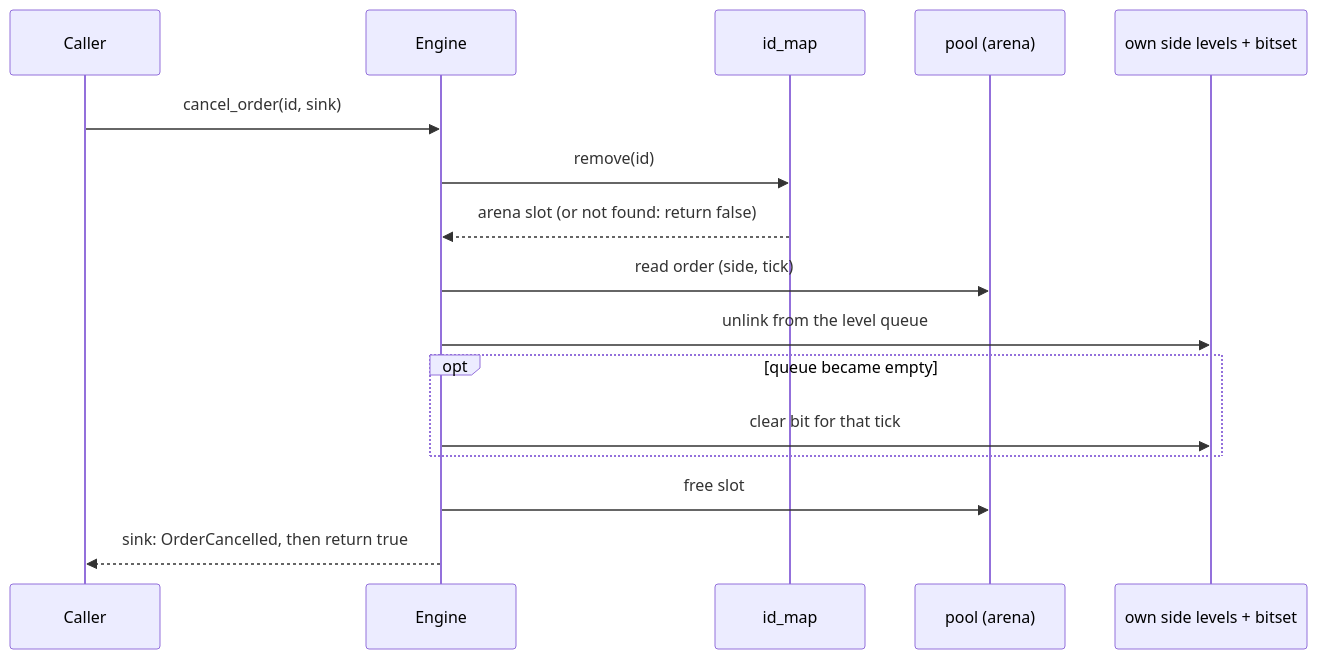
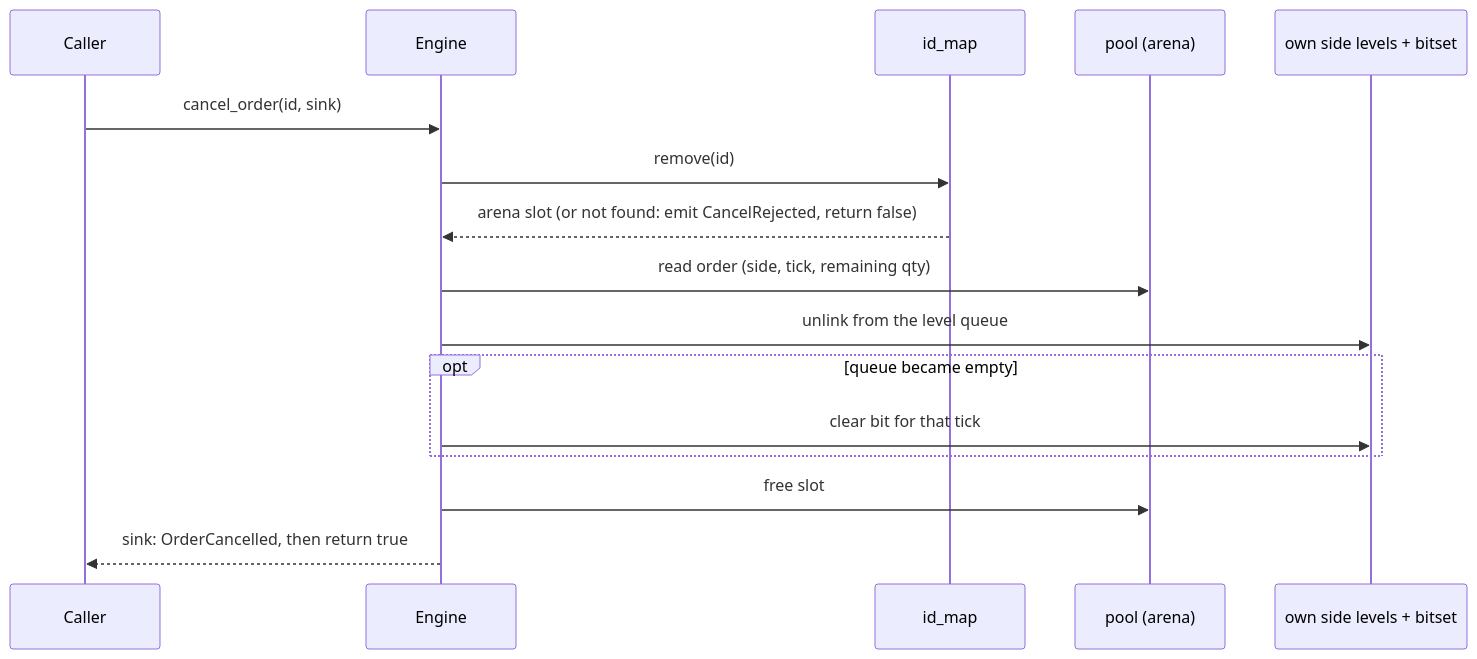
One commit to daohainam/rust-matching-engine changed the third of 3 diagrams in docs/02-architecture.md. Above: the diagram before and after it, drawn with Mermaid. The commit also changed other lines of this file, not shown here.

First line of the commit message:
docs(ch02): add the trade counter, RestingOrder and CancelRejected

````diff
--- a/docs/02-architecture.md
+++ b/docs/02-architecture.md
@@ -193,18 +196,18 @@
 ```mermaid
 sequenceDiagram
     participant C as Caller
     participant E as Engine
     participant M as id_map
     participant P as pool (arena)
     participant L as own side levels + bitset
     C->>E: cancel_order(id, sink)
     E->>M: remove(id)
-    M-->>E: arena slot (or not found: return false)
-    E->>P: read order (side, tick)
+    M-->>E: arena slot (or not found: emit CancelRejected, return false)
+    E->>P: read order (side, tick, remaining qty)
     E->>L: unlink from the level queue
     opt queue became empty
         E->>L: clear bit for that tick
     end
     E->>P: free slot
     E-->>C: sink: OrderCancelled, then return true
 ```
````
